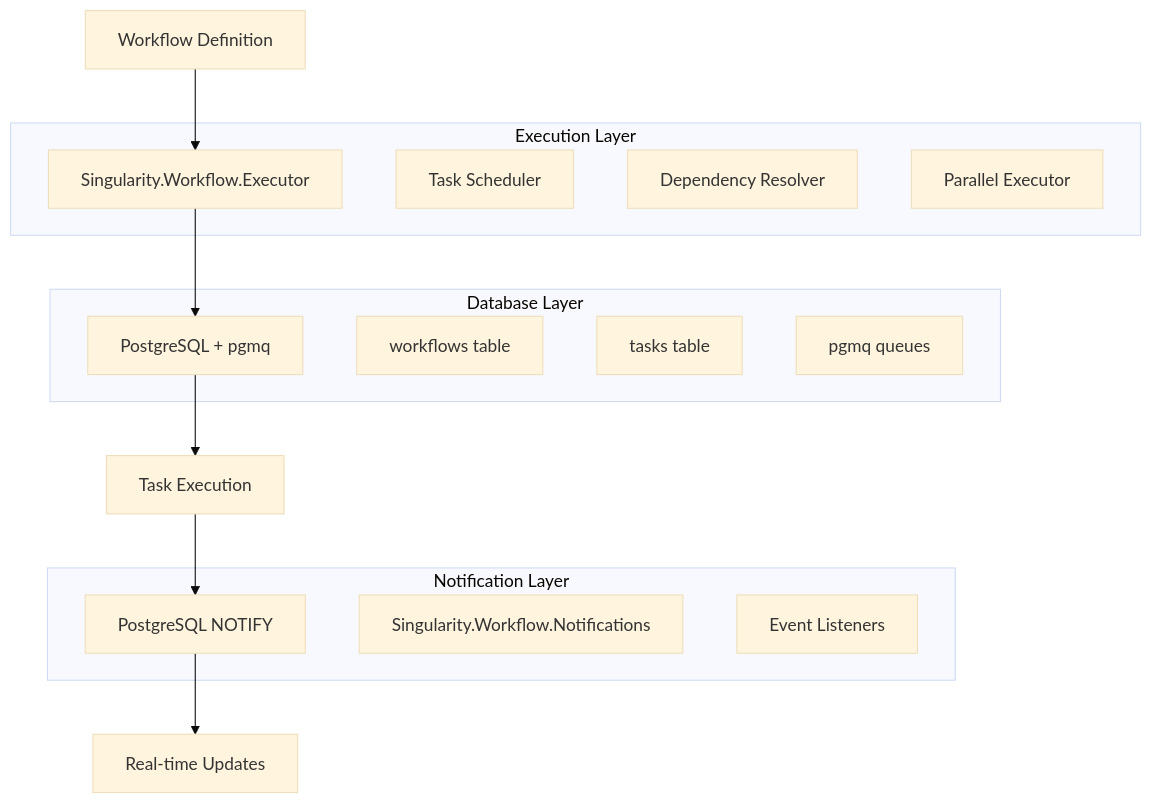
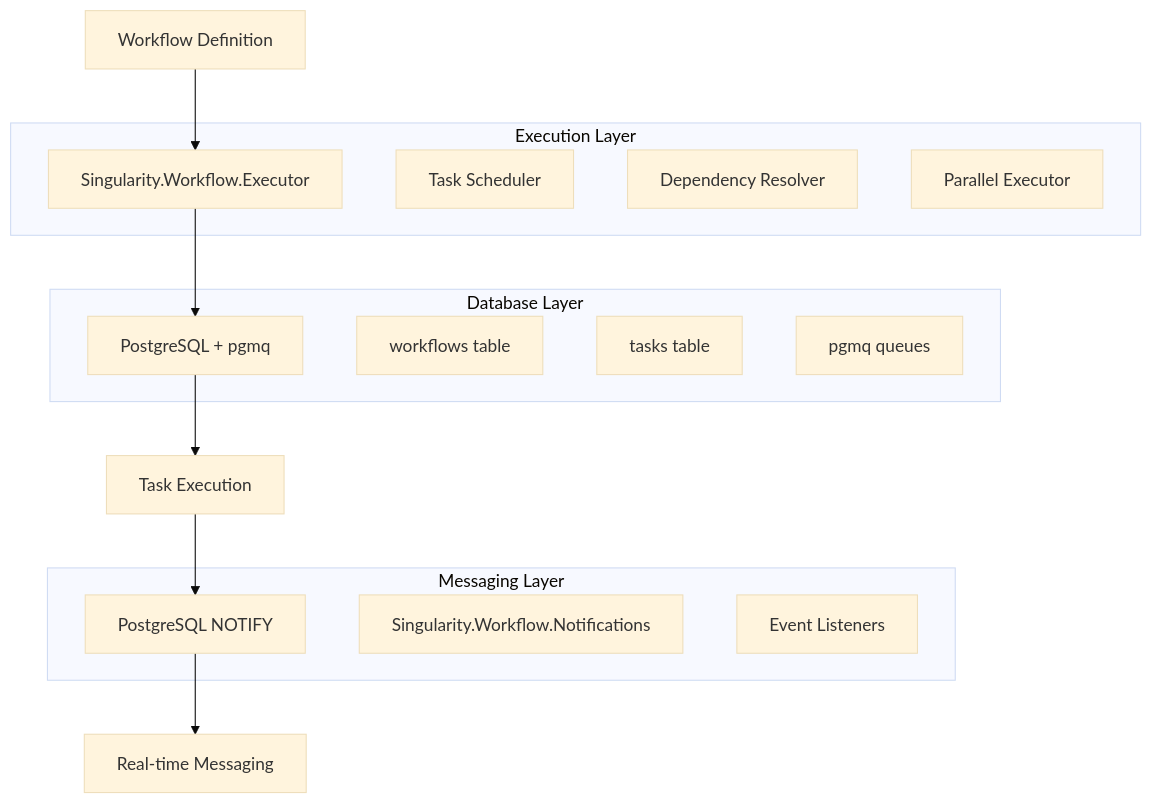
The diagram in README.md (Singularity-ng/singularity-genesis), drawn with Mermaid (base theme) before and after one commit. The commit also changed other lines of this file and 2 other files, not shown here.

First line of the commit message:
Update documentation: notifications → messaging terminology

````diff
--- a/README.md
+++ b/README.md
@@ -121,28 +121,28 @@
 ```mermaid
 graph TB
     A[Workflow Definition] --> B[Singularity.Workflow.Executor]
     B --> C[PostgreSQL + pgmq]
     C --> D[Task Execution]
     D --> E[PostgreSQL NOTIFY]
-    E --> F[Real-time Updates]
-    
+    E --> F[Real-time Messaging]
+
     subgraph "Database Layer"
         C
         G[workflows table]
         H[tasks table]
         I[pgmq queues]
     end
-    
+
     subgraph "Execution Layer"
         B
         J[Task Scheduler]
         K[Dependency Resolver]
         L[Parallel Executor]
     end
-    
-    subgraph "Notification Layer"
+
+    subgraph "Messaging Layer"
         E
         M[Singularity.Workflow.Notifications]
         N[Event Listeners]
     end
 ```
````
